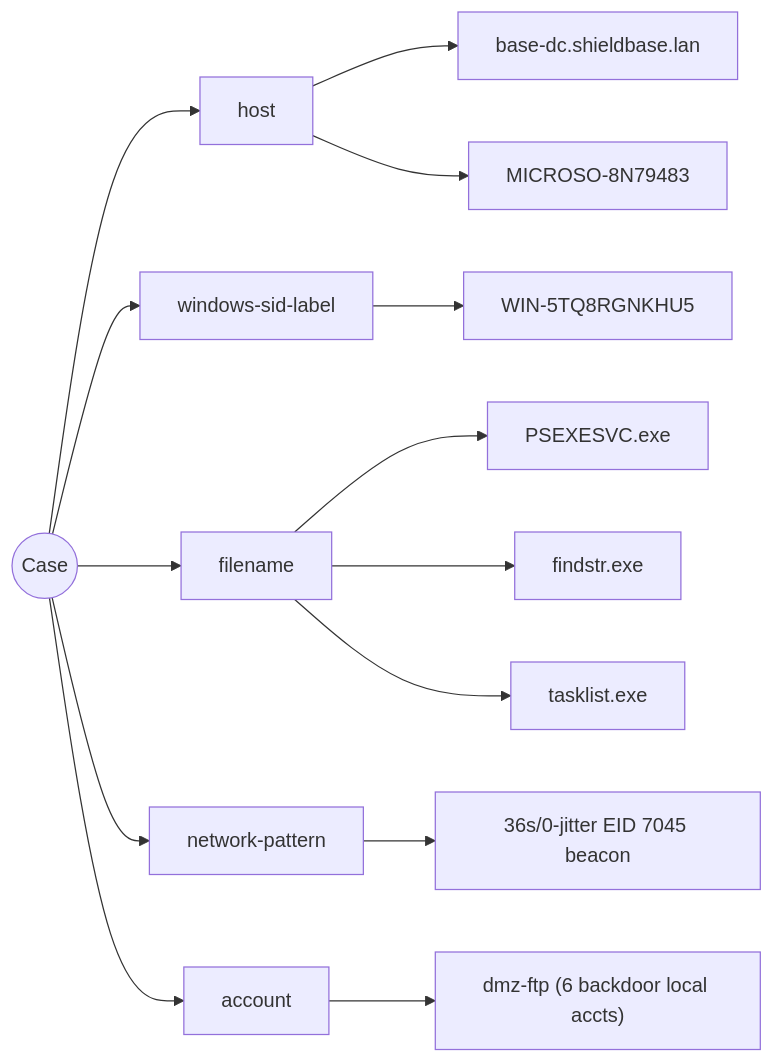
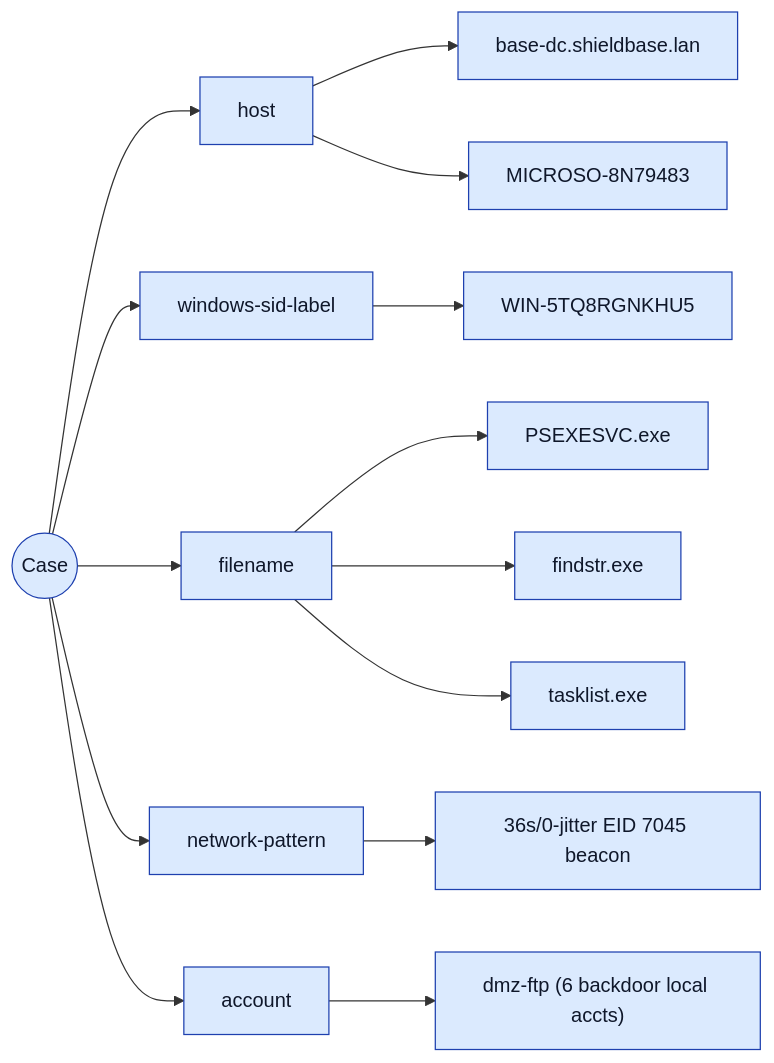
The first of 2 diagrams in 2026-06-01-report-engine-design/mockups/analyst.md (galvangabriel-web/agentropix-mcp), drawn with Mermaid before and after one commit. The commit also changed other lines of this file and 36 other files, not shown here.

Commit message:
report-engine: fix report formatting — broken mermaid timeline -> GitLab-safe flowchart (classDef colors), pro self-contained HTML (bundled mermaid.js), Playwright-rendered PDFs (diagrams as SVG), tidied risk-register columns

````diff
--- a/2026-06-01-report-engine-design/mockups/analyst.md
+++ b/2026-06-01-report-engine-design/mockups/analyst.md
@@ -143,30 +143,32 @@
 ```mermaid
 flowchart LR
     case(("Case"))
     t0["host"]
     case --> t0
     v0["base-dc.shieldbase.lan"]
     t0 --> v0
     v4["MICROSO-8N79483"]
     t0 --> v4
     t1["windows-sid-label"]
     case --> t1
     v1["WIN-5TQ8RGNKHU5"]
     t1 --> v1
     t2["filename"]
     case --> t2
     v2["PSEXESVC.exe"]
     t2 --> v2
     v6["findstr.exe"]
     t2 --> v6
     v7["tasklist.exe"]
     t2 --> v7
     t3["network-pattern"]
     case --> t3
     v3["36s/0-jitter EID 7045 beacon"]
     t3 --> v3
     t4["account"]
     case --> t4
     v5["dmz-ftp (6 backdoor local accts)"]
     t4 --> v5
+    classDef ev fill:#dbeafe,stroke:#1e40af,color:#0f172a;
+    class case,t0,t1,t2,t3,t4,v0,v1,v2,v3,v4,v5,v6,v7 ev;
 ```
````
